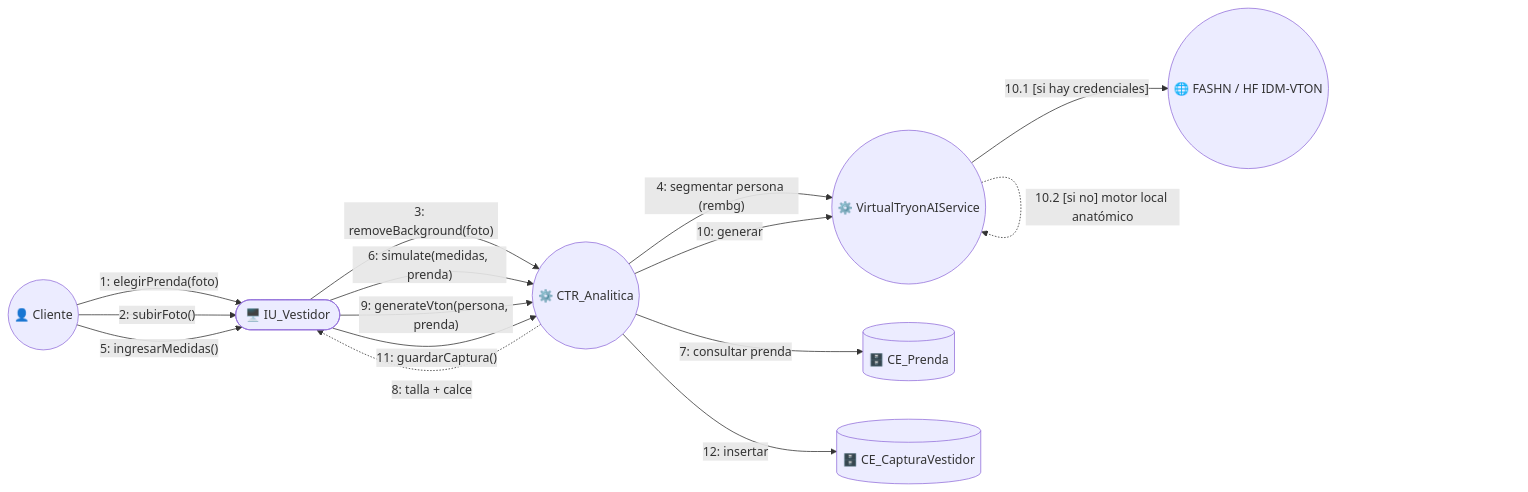
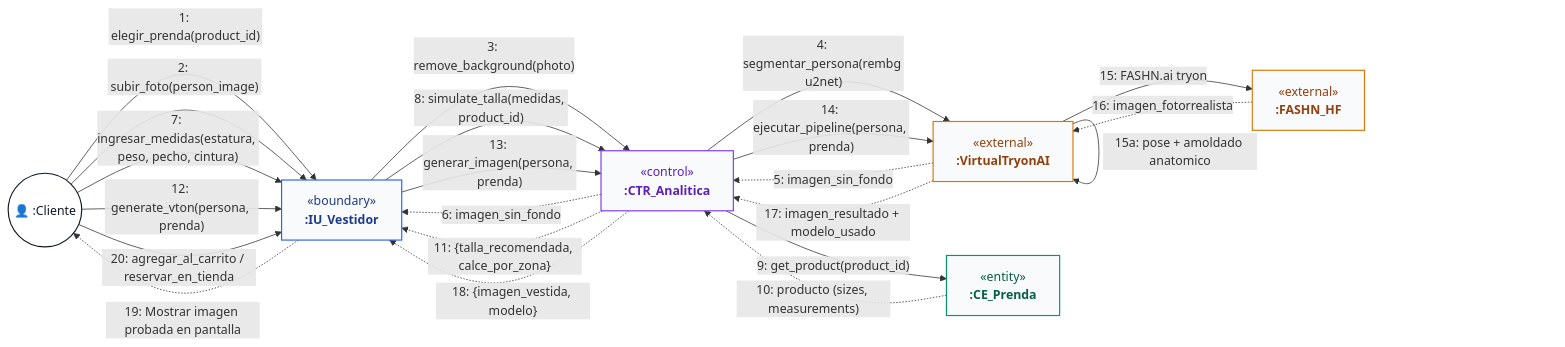
One commit to jc-larry/ecommerce changed the tenth of 24 diagrams in documentos/Ciclo3.md. Above: the diagram before and after it, drawn with Mermaid. The commit also changed other lines of this file and 148 other files, not shown here.

Commit message:
feat: persistencia de base de datos en despliegue, temporizador 5min checkout/paypal movil, vestidor virtual e informes de investigacion

````diff
--- a/documentos/Ciclo3.md
+++ b/documentos/Ciclo3.md
@@ -437,25 +622,37 @@
 ```mermaid
 flowchart LR
-    C(("👤 Cliente"))
-    IU(["🖥️ IU_Vestidor"])
-    CTR(("⚙️ CTR_Analitica"))
-    SVC(("⚙️ VirtualTryonAIService"))
-    EXT(("🌐 FASHN / HF IDM-VTON"))
-    CE_P[("🗄️ CE_Prenda")]
-    CE_C[("🗄️ CE_CapturaVestidor")]
+    classDef actorStyle fill:#ffffff,stroke:#111827,stroke-width:1.5px,color:#111827;
+    classDef boundaryStyle fill:#f9fafb,stroke:#2563eb,stroke-width:1.5px,color:#1e3a8a;
+    classDef controlStyle fill:#f9fafb,stroke:#7c3aed,stroke-width:1.5px,color:#5b21b6;
+    classDef entityStyle fill:#f9fafb,stroke:#059669,stroke-width:1.5px,color:#065f46;
+    classDef externalStyle fill:#f9fafb,stroke:#d97706,stroke-width:1.5px,color:#92400e;
 
-    C -- "1: elegirPrenda(foto)" --> IU
-    C -- "2: subirFoto()" --> IU
-    IU -- "3: removeBackground(foto)" --> CTR
-    CTR -- "4: segmentar persona (rembg)" --> SVC
-    C -- "5: ingresarMedidas()" --> IU
-    IU -- "6: simulate(medidas, prenda)" --> CTR
-    CTR -- "7: consultar prenda" --> CE_P
-    CTR -. "8: talla + calce" .-> IU
-    IU -- "9: generateVton(persona, prenda)" --> CTR
-    CTR -- "10: generar" --> SVC
-    SVC -- "10.1 [si hay credenciales]" --> EXT
-    SVC -. "10.2 [si no] motor local anatómico" .-> SVC
-    IU -- "11: guardarCaptura()" --> CTR
-    CTR -- "12: insertar" --> CE_C
+    C(("👤 :Cliente")):::actorStyle
+    IU["&laquo;boundary&raquo;<br/><b>:IU_Vestidor</b>"]:::boundaryStyle
+    CTR["&laquo;control&raquo;<br/><b>:CTR_Analitica</b>"]:::controlStyle
+    VTON["&laquo;external&raquo;<br/><b>:VirtualTryonAI</b>"]:::externalStyle
+    HF["&laquo;external&raquo;<br/><b>:FASHN_HF</b>"]:::externalStyle
+    CE_P["&laquo;entity&raquo;<br/><b>:CE_Prenda</b>"]:::entityStyle
+
+    C -- "1: elegir_prenda(product_id)" --> IU
+    C -- "2: subir_foto(person_image)" --> IU
+    IU -- "3: remove_background(photo)" --> CTR
+    CTR -- "4: segmentar_persona(rembg u2net)" --> VTON
+    VTON -. "5: imagen_sin_fondo" .-> CTR
+    CTR -. "6: imagen_sin_fondo" .-> IU
+    C -- "7: ingresar_medidas(estatura, peso, pecho, cintura)" --> IU
+    IU -- "8: simulate_talla(medidas, product_id)" --> CTR
+    CTR -- "9: get_product(product_id)" --> CE_P
+    CE_P -. "10: producto (sizes, measurements)" .-> CTR
+    CTR -. "11: {talla_recomendada, calce_por_zona}" .-> IU
+    C -- "12: generate_vton(persona, prenda)" --> IU
+    IU -- "13: generar_imagen(persona, prenda)" --> CTR
+    CTR -- "14: ejecutar_pipeline(persona, prenda)" --> VTON
+    VTON -- "15: FASHN.ai tryon" --> HF
+    HF -. "16: imagen_fotorrealista" .-> VTON
+    VTON -- "15a: pose + amoldado anatomico" --> VTON
+    VTON -. "17: imagen_resultado + modelo_usado" .-> CTR
+    CTR -. "18: {imagen_vestida, modelo}" .-> IU
+    IU -. "19: Mostrar imagen probada en pantalla" .-> C
+    C -- "20: agregar_al_carrito / reservar_en_tienda" --> IU
 ```
````
